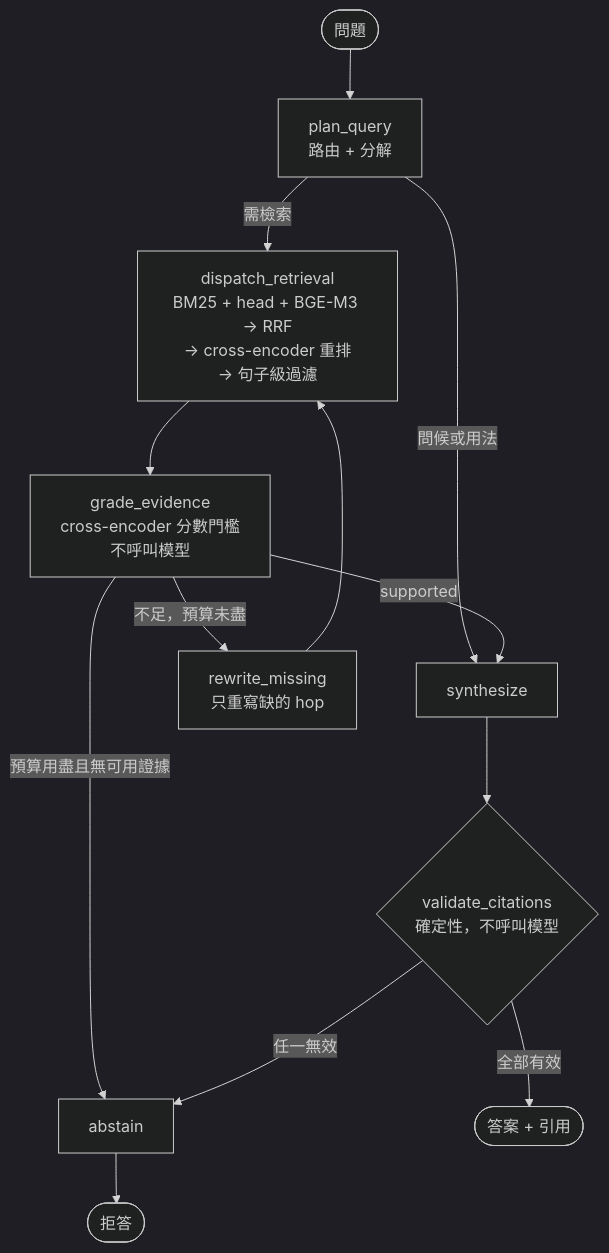
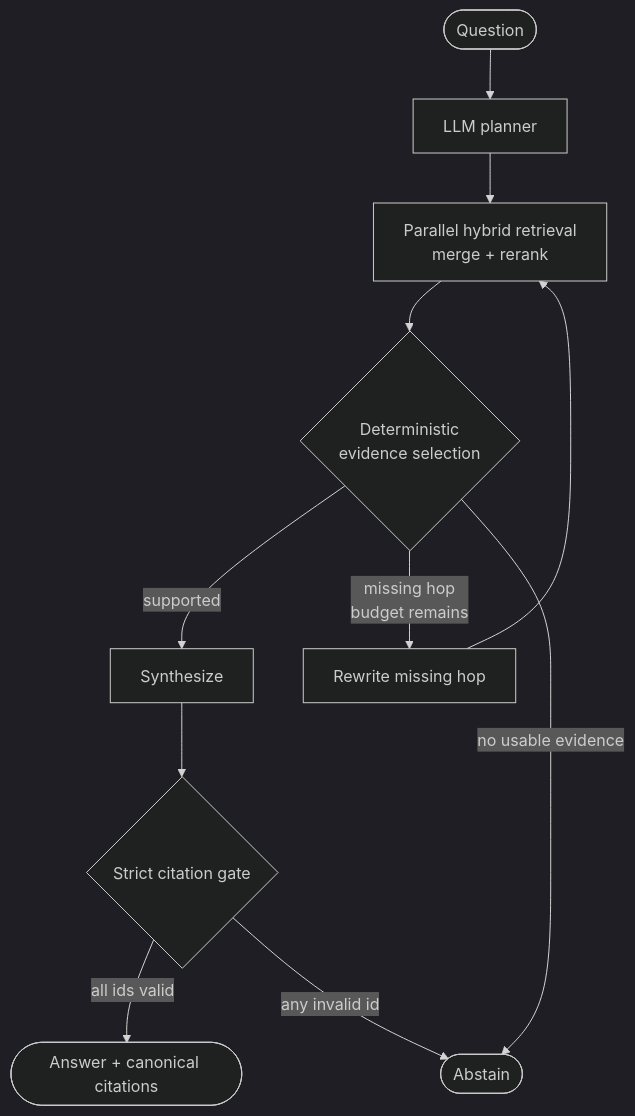
Before and after one commit to haoagentuse-glitch/frus-agentic-rag: the fourth of 5 diagrams in README.md, drawn with Mermaid (dark theme). The commit also changed other lines of this file and 3 other files, not shown here.

````diff
--- a/README.md
+++ b/README.md
@@ -101,15 +95,13 @@
 ```mermaid
 flowchart TD
-    S(["問題"]) --> P["plan_query<br/>路由 + 分解"]
-    P -->|需檢索| R["dispatch_retrieval<br/>BM25 + head + BGE-M3 → RRF<br/>→ cross-encoder 重排<br/>→ 句子級過濾"]
-    P -->|問候或用法| Y["synthesize"]
-    R --> G["grade_evidence<br/>cross-encoder 分數門檻<br/>不呼叫模型"]
-    G -->|supported| Y
-    G -->|不足，預算未盡| W["rewrite_missing<br/>只重寫缺的 hop"]
-    G -->|預算用盡且無可用證據| X["abstain"]
+    Q([Question]) --> P[LLM planner]
+    P --> R[Parallel hybrid retrieval<br/>merge + rerank]
+    R --> G{Deterministic<br/>evidence selection}
+    G -->|supported| S[Synthesize]
+    G -->|missing hop<br/>budget remains| W[Rewrite missing hop]
     W --> R
-    Y --> V{"validate_citations<br/>確定性，不呼叫模型"}
-    V -->|全部有效| E(["答案 + 引用"])
-    V -->|任一無效| X
-    X --> Z(["拒答"])
+    G -->|no usable evidence| X([Abstain])
+    S --> C{Strict citation gate}
+    C -->|all ids valid| O([Answer + canonical citations])
+    C -->|any invalid id| X
 ```
````
